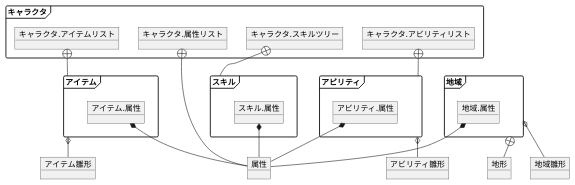
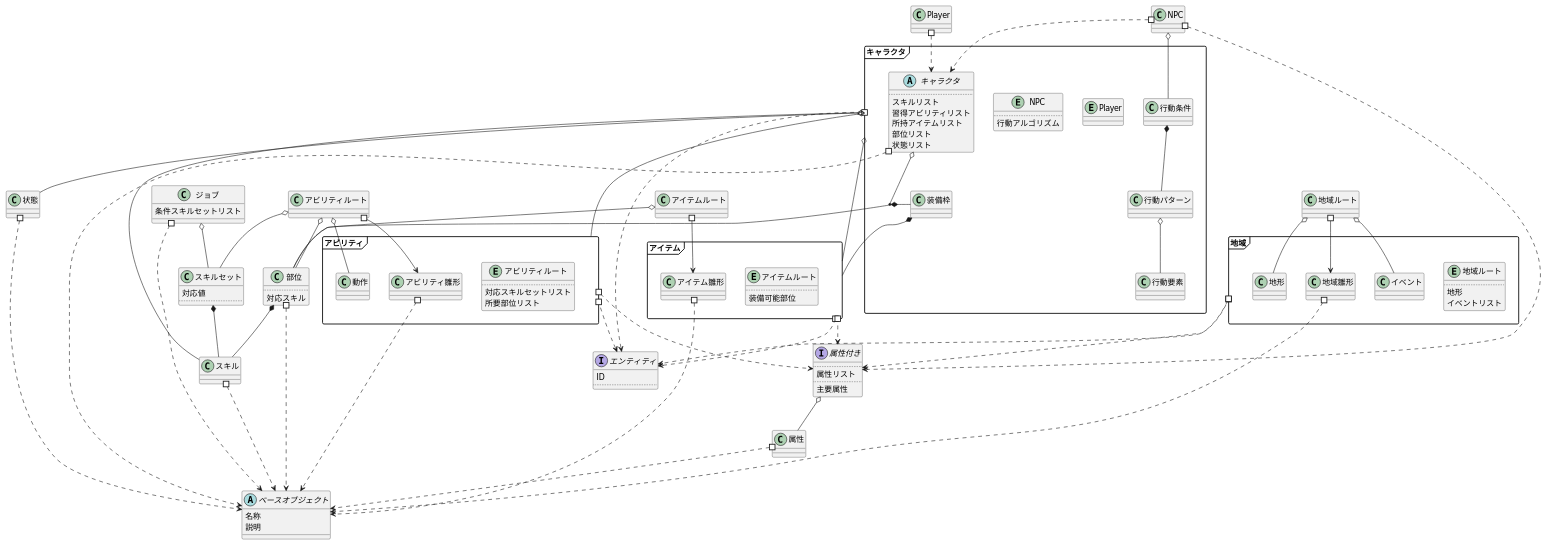
Before and after one commit to eckolo/RogueLikeLike: the diagram in Memo/Uml.wsd, drawn with PlantUML.

Commit message:
UML図を一通り調整

```diff
--- a/Memo/Uml.wsd
+++ b/Memo/Uml.wsd
@@ -1,50 +1,132 @@
 @startuml 全体概要図
 
 skinparam packageStyle Frame
 
-object 属性
-
-object アビリティ雛形
-namespace アビリティ{
-	object アビリティ.属性
-
-	属性 *-- .属性
-}
-アビリティ o-- アビリティ雛形
-
-object アイテム雛形
-namespace アイテム{
-	object アイテム.属性
-
-	属性 *-- .属性
-}
-アイテム o-- アイテム雛形
-namespace スキル{
-	object スキル.属性
-
-	属性 *-- .属性
+abstract ベースオブジェクト{
+	名称
+	説明
 }
 
-object 地域雛形
-object 地形
+class スキル
+スキル #..> ベースオブジェクト
+class 状態
+状態 #..> ベースオブジェクト
+class 部位{
+	..
+	対応スキル
+}
+部位 #..> ベースオブジェクト
+部位 *-- スキル
+class スキルセット{
+	対応値
+	..
+}
+スキルセット *-- スキル
+class ジョブ{
+	条件スキルセットリスト
+}
+ジョブ #..> ベースオブジェクト
+ジョブ o-- スキルセット
+
+interface エンティティ{
+	ID
+	..
+}
+
+class 属性
+属性 #..> ベースオブジェクト
+interface 属性付き{
+	..
+	属性リスト
+	..
+	主要属性
+}
+属性付き o-- 属性
+
+namespace アビリティ{
+	entity アビリティルート{
+		..
+		対応スキルセットリスト
+		所要部位リスト
+	}
+	.アビリティルート #--> アビリティ雛形
+	アビリティ雛形 #..> .ベースオブジェクト
+	.アビリティルート o-- .部位
+	.アビリティルート o-- .スキルセット
+
+	class 動作
+	.アビリティルート o-- 動作
+}
+アビリティ #..> エンティティ
+アビリティ #..> 属性付き
+
+namespace アイテム{
+	entity アイテムルート{
+		..
+		装備可能部位
+	}
+
+	.アイテムルート #--> アイテム雛形
+	アイテム雛形 #..> .ベースオブジェクト
+	.アイテムルート o-- .部位
+}
+アイテム #..> エンティティ
+アイテム #..> 属性付き
+
 namespace 地域{
-	object 地域.属性
+	entity 地域ルート{
+		..
+		地形
+		イベントリスト
+	}
+	class 地形
+	class イベント
 
-	属性 *-- .属性
+	.地域ルート #--> 地域雛形
+	地域雛形 #..> .ベースオブジェクト
+	.地域ルート o-- 地形
+	.地域ルート o-- イベント
 }
-地域 o-- 地域雛形
-地域 +-- .地形
+地域 #..> エンティティ
+地域 #..> 属性付き
 
 namespace キャラクタ{
-	object キャラクタ.属性リスト
-	object キャラクタ.スキルツリー
-	object キャラクタ.アビリティリスト
-	object キャラクタ.アイテムリスト
+	abstract キャラクタ{
+		..
+		スキルリスト
+		習得アビリティリスト
+		所持アイテムリスト
+		部位リスト
+		状態リスト
+	}
 
-	属性リスト +-- .属性
-	スキルツリー +-- スキル
-	アビリティリスト +-- アビリティ
-	アイテムリスト +-- アイテム
+	キャラクタ #..> .ベースオブジェクト
+	キャラクタ o-- .部位
+	class 装備枠
+	(キャラクタ,.部位) *- 装備枠
+	装備枠 *-- アイテム
+
+	entity Player
+	.Player #..> キャラクタ
+
+	entity NPC{
+		..
+		行動アルゴリズム
+	}
+	.NPC #..> .属性付き
+	.NPC #..> キャラクタ
+
+	class 行動条件
+	class 行動パターン
+	class 行動要素
+	.NPC o-- 行動条件
+	行動条件 *-- 行動パターン
+	行動パターン o-- 行動要素
 }
+キャラクタ #..> エンティティ
+キャラクタ o-- スキル
+キャラクタ o-- アビリティ
+キャラクタ o-- 状態
+キャラクタ o-- アイテム
 
 @enduml
```
